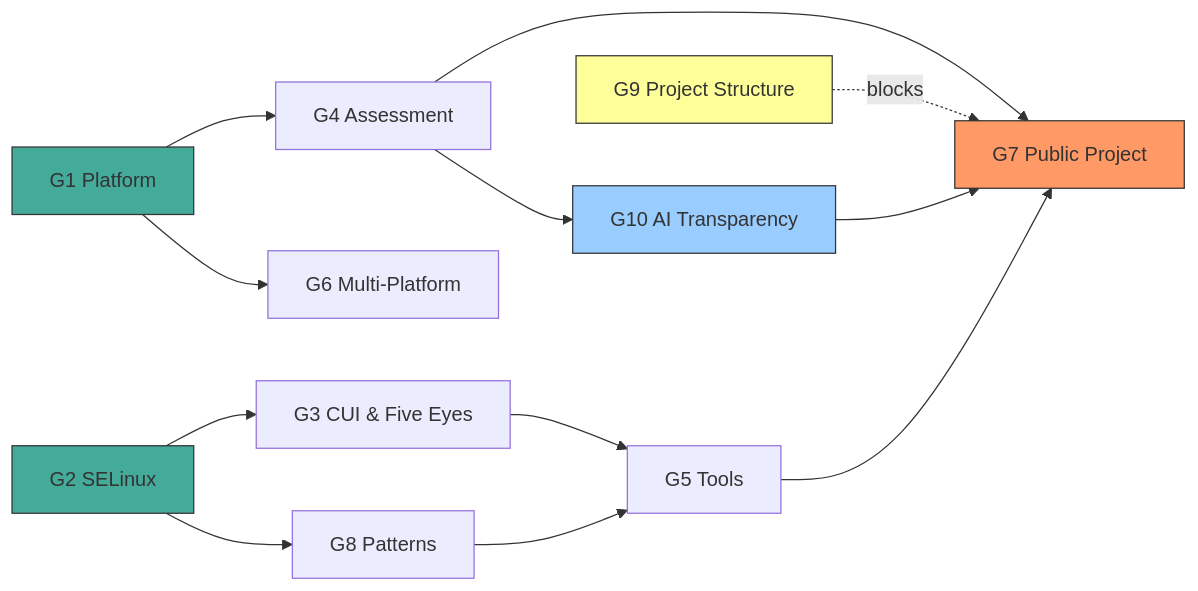
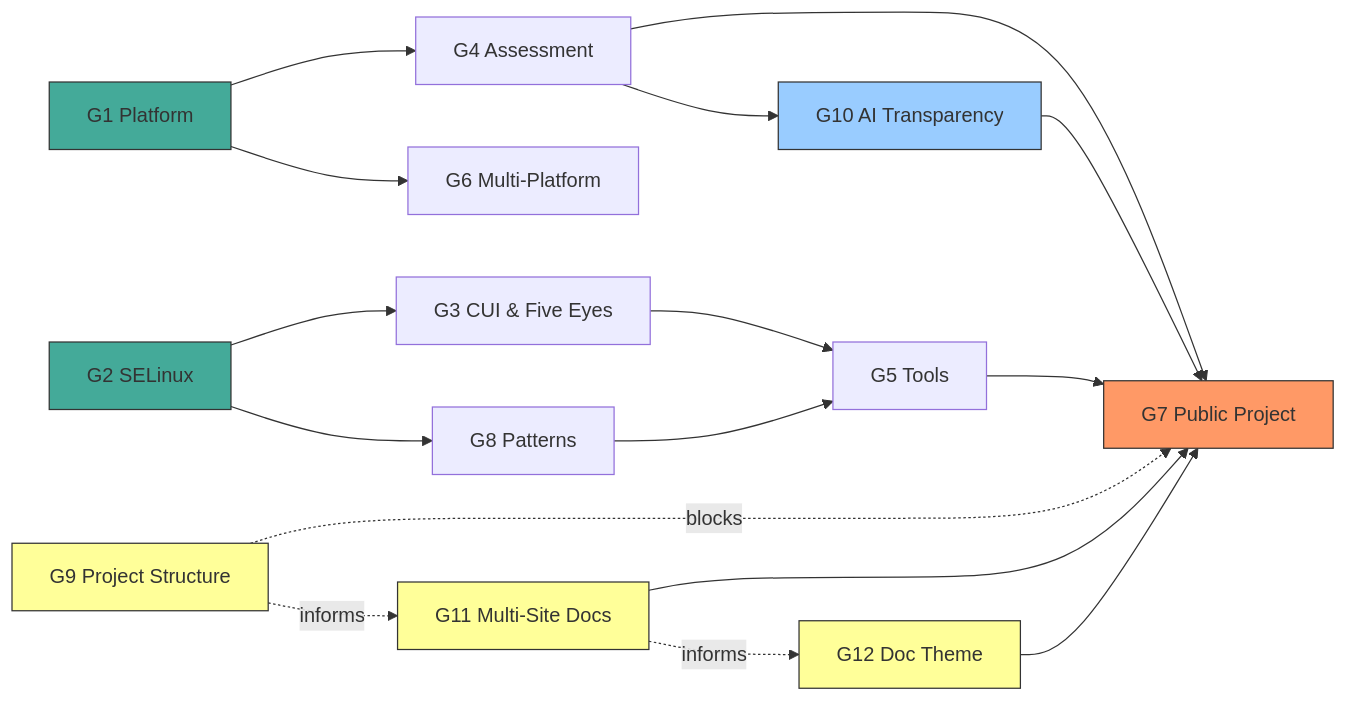
Before and after one commit to jamieadams-nerd/umrs-project: the diagram in .claude/ROADMAP.md, drawn with Mermaid. The commit also changed other lines of this file and 57 other files, not shown here.

````diff
--- a/.claude/ROADMAP.md
+++ b/.claude/ROADMAP.md
@@ -39,20 +39,26 @@
 ```mermaid
 graph LR
     G1[G1 Platform] --> G4[G4 Assessment]
     G1 --> G6[G6 Multi-Platform]
     G2[G2 SELinux] --> G3[G3 CUI & Five Eyes]
     G2 --> G8[G8 Patterns]
     G8 --> G5[G5 Tools]
     G3 --> G5
     G4 --> G7[G7 Public Project]
     G5 --> G7
     G9[G9 Project Structure] -.->|blocks| G7
     G4 --> G10[G10 AI Transparency]
     G10 --> G7
+    G9 -.->|informs| G11[G11 Multi-Site Docs]
+    G11 --> G7
+    G11 -.->|informs| G12[G12 Doc Theme]
+    G12 --> G7
 
     style G1 fill:#4a9,stroke:#333
     style G2 fill:#4a9,stroke:#333
     style G7 fill:#f96,stroke:#333
     style G9 fill:#ff9,stroke:#333
     style G10 fill:#9cf,stroke:#333
+    style G11 fill:#ff9,stroke:#333
+    style G12 fill:#ff9,stroke:#333
 ```
````
